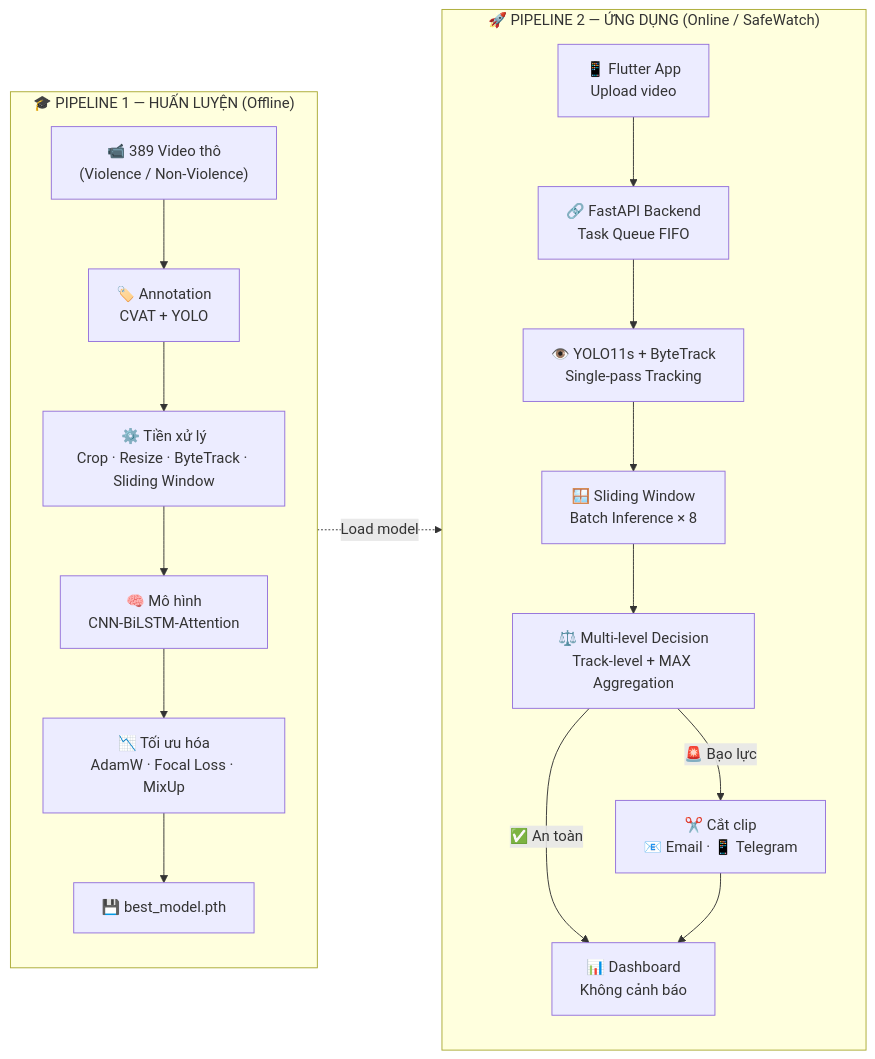
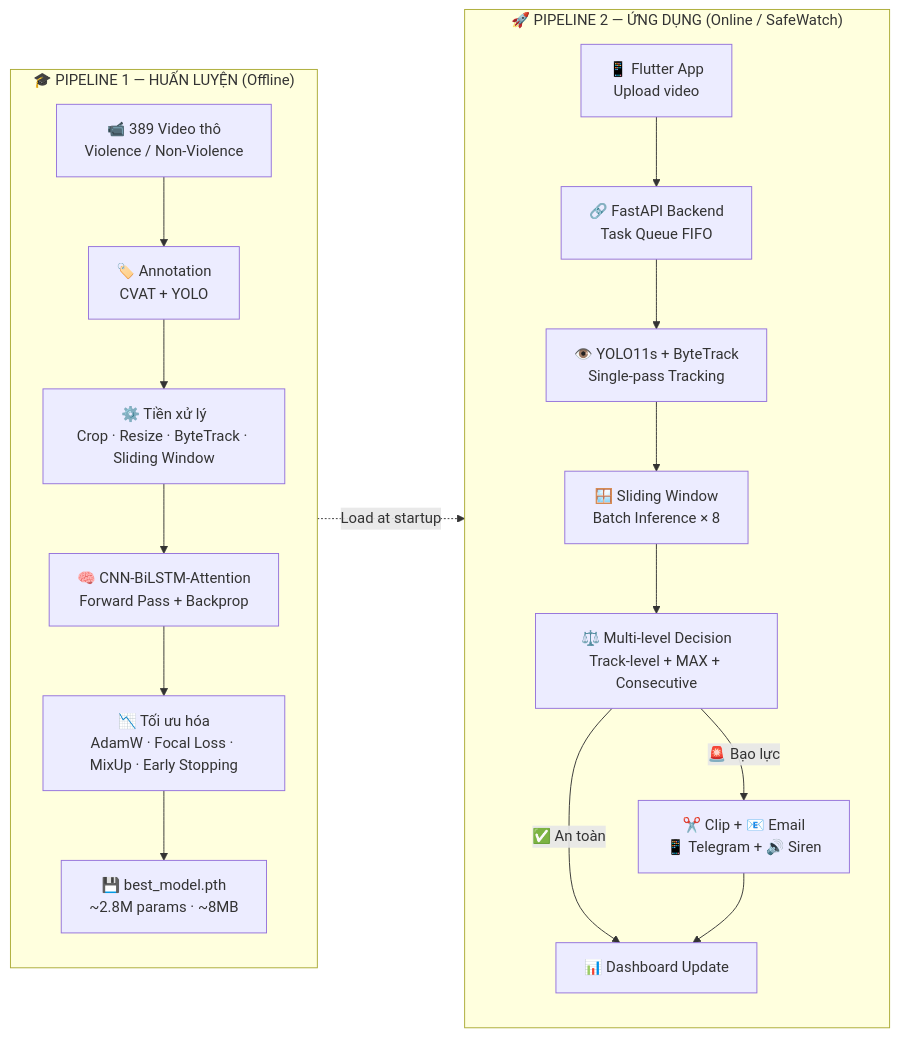
Before and after one commit to MinhkhoaDS22/dectect_violence_in_school: the first of 5 diagrams in README.md, drawn with Mermaid. The commit also changed other lines of this file and 17 other files, not shown here.

````diff
--- a/README.md
+++ b/README.md
@@ -43,24 +88,24 @@
 ```mermaid
 flowchart LR
     subgraph P1["🎓 PIPELINE 1 — HUẤN LUYỆN (Offline)"]
         direction TB
-        D1["📹 389 Video thô\n(Violence / Non-Violence)"] --> T1["🏷️ Annotation\nCVAT + YOLO"]
+        D1["📹 389 Video thô\nViolence / Non-Violence"] --> T1["🏷️ Annotation\nCVAT + YOLO"]
         T1 --> T2["⚙️ Tiền xử lý\nCrop · Resize · ByteTrack · Sliding Window"]
-        T2 --> T3["🧠 Mô hình\nCNN-BiLSTM-Attention"]
-        T3 --> T4["📉 Tối ưu hóa\nAdamW · Focal Loss · MixUp"]
-        T4 --> W["💾 best_model.pth"]
+        T2 --> T3["🧠 CNN-BiLSTM-Attention\nForward Pass + Backprop"]
+        T3 --> T4["📉 Tối ưu hóa\nAdamW · Focal Loss · MixUp · Early Stopping"]
+        T4 --> W["💾 best_model.pth\n~2.8M params · ~8MB"]
     end
 
     subgraph P2["🚀 PIPELINE 2 — ỨNG DỤNG (Online / SafeWatch)"]
         direction TB
         V1["📱 Flutter App\nUpload video"] --> V2["🔗 FastAPI Backend\nTask Queue FIFO"]
         V2 --> V3["👁️ YOLO11s + ByteTrack\nSingle-pass Tracking"]
         V3 --> V4["🪟 Sliding Window\nBatch Inference × 8"]
-        V4 --> V5["⚖️ Multi-level Decision\nTrack-level + MAX Aggregation"]
-        V5 -->|"🚨 Bạo lực"| V6["✂️ Cắt clip\n📧 Email · 📱 Telegram"]
-        V5 -->|"✅ An toàn"| V7["📊 Dashboard\nKhông cảnh báo"]
+        V4 --> V5["⚖️ Multi-level Decision\nTrack-level + MAX + Consecutive"]
+        V5 -->|"🚨 Bạo lực"| V6["✂️ Clip + 📧 Email\n📱 Telegram + 🔊 Siren"]
+        V5 -->|"✅ An toàn"| V7["📊 Dashboard Update"]
         V6 --> V7
     end
 
-    W -.->|"Load model"| V4
+    W -.->|"Load at startup"| V4
 ```
````
